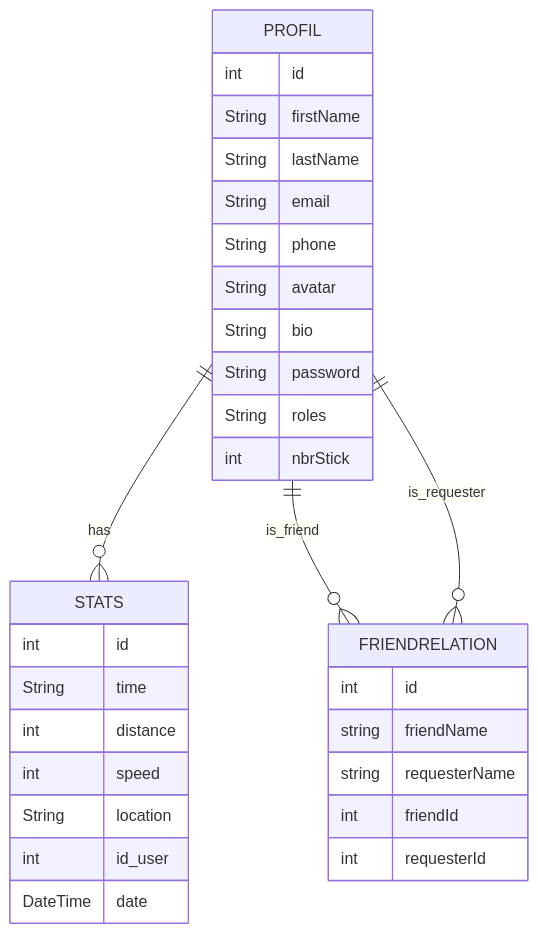
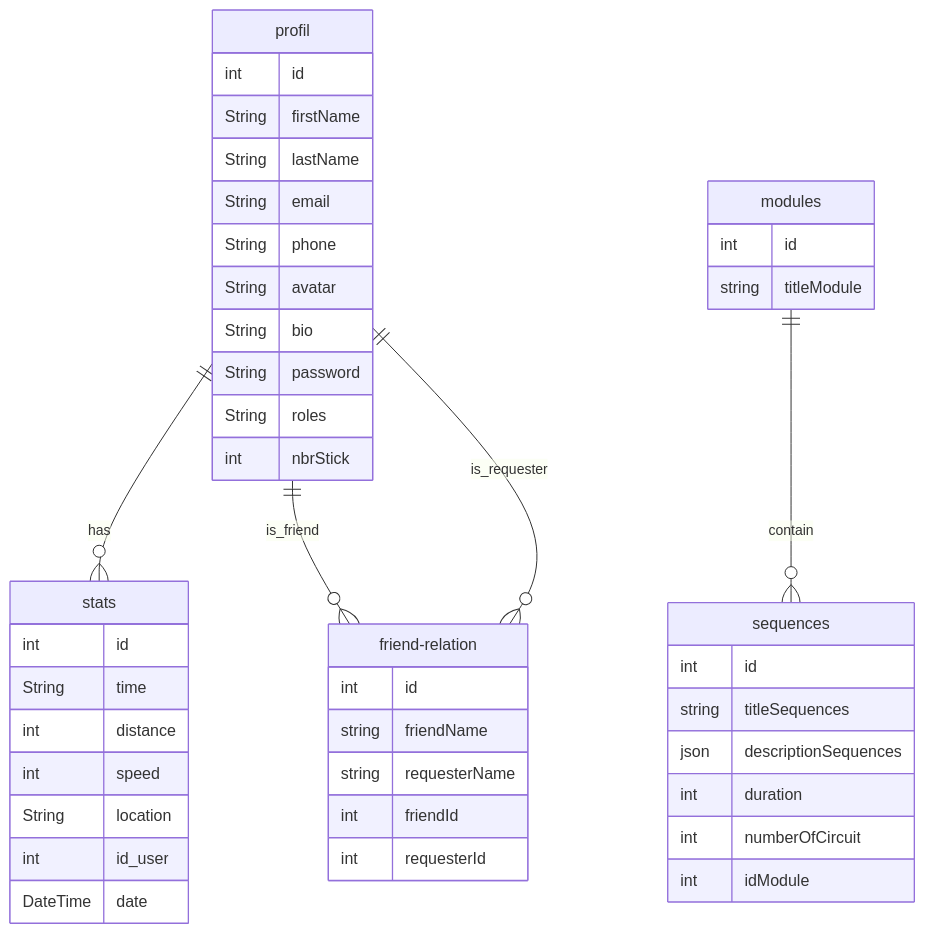
One commit to seb-mlrd/wombat-tracker changed the diagram in lib/docs/bdd.md. Above: the diagram before and after it, drawn with Mermaid. The commit also changed 13 other files, not shown here.

Commit message:
feat : add modules and sequences

````diff
--- a/lib/docs/bdd.md
+++ b/lib/docs/bdd.md
@@ -1,34 +1,47 @@
 ```mermaid
 erDiagram
-    PROFIL ||--o{ STATS : has
-    PROFIL ||--o{ FRIENDRELATION : is_friend
-    PROFIL ||--o{ FRIENDRELATION : is_requester
-    PROFIL {
+    profil ||--o{ stats : has
+    profil ||--o{ friend-relation : is_friend
+    profil ||--o{ friend-relation : is_requester
+    modules ||--o{ sequences : contain
+    profil {
         int id
         String firstName
         String lastName
         String email
         String phone
         String avatar
         String bio
         String password
         String roles
         int nbrStick
     }
-    STATS {
+    stats {
         int id
         String time
         int distance
         int speed
         String location
         int id_user
         DateTime date
     }
-    FRIENDRELATION {
+    friend-relation {
         int id
         string friendName
         string requesterName
         int friendId
         int requesterId
     }
+    sequences{
+        int id 
+        string titleSequences
+        json descriptionSequences
+        int duration
+        int numberOfCircuit 
+        int idModule
+    }
+    modules{
+        int id
+        string titleModule
+    }
 ```
````
